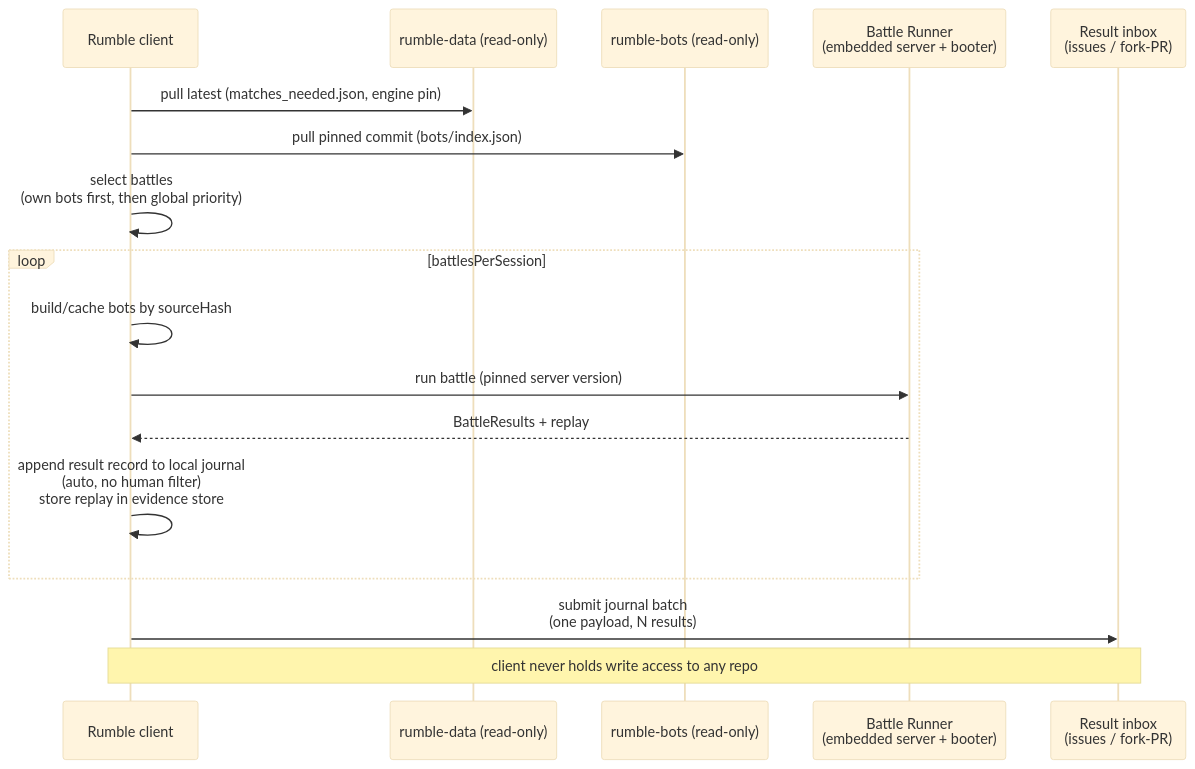
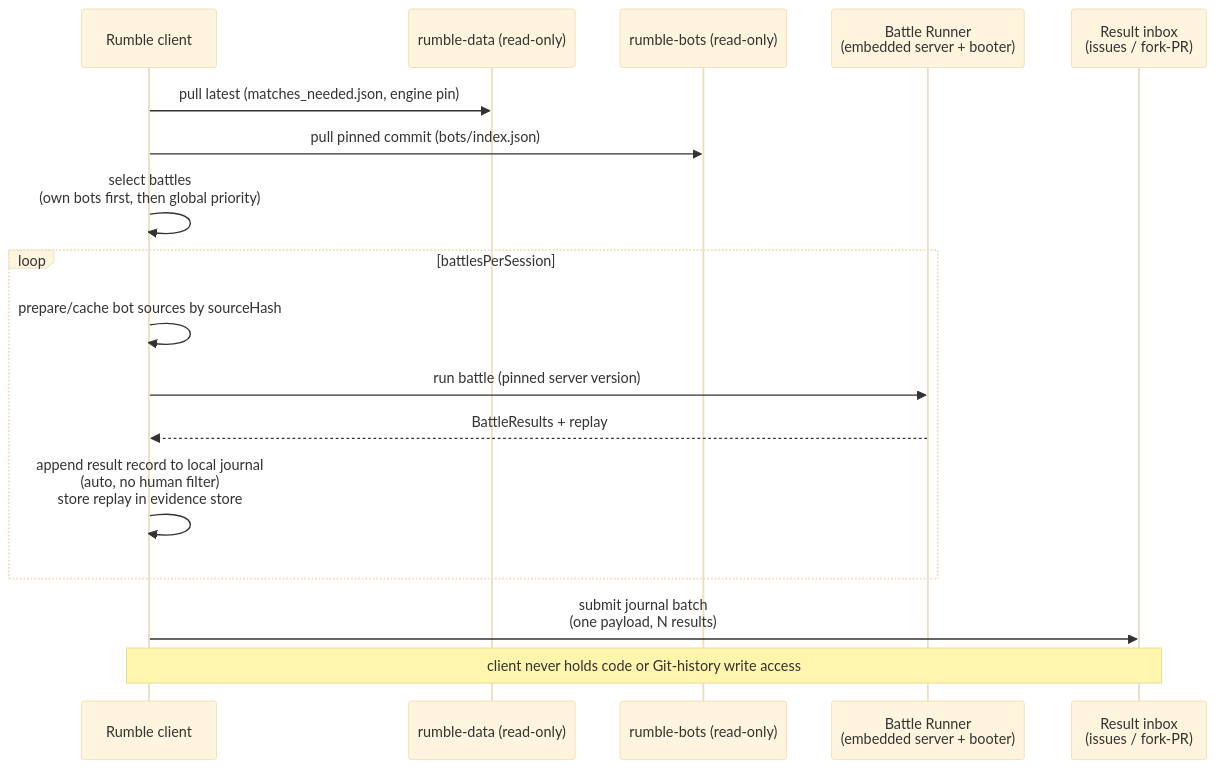
The first of 2 diagrams in docs/design/rumble/client-battles-and-results.md (robocode-dev/tank-royale), drawn with Mermaid (base theme) before and after one commit. The commit also changed other lines of this file and 4 other files, not shown here.

````diff
--- a/docs/design/rumble/client-battles-and-results.md
+++ b/docs/design/rumble/client-battles-and-results.md
@@ -58,20 +58,20 @@
 ```mermaid
 sequenceDiagram
     participant C as Rumble client
     participant DR as rumble-data (read-only)
     participant BR as rumble-bots (read-only)
     participant Run as Battle Runner<br/>(embedded server + booter)
     participant Inbox as Result inbox<br/>(issues / fork-PR)
 
     C->>DR: pull latest (matches_needed.json, engine pin)
     C->>BR: pull pinned commit (bots/index.json)
     C->>C: select battles<br/>(own bots first, then global priority)
     loop battlesPerSession
-        C->>C: build/cache bots by sourceHash
+        C->>C: prepare/cache bot sources by sourceHash
         C->>Run: run battle (pinned server version)
         Run-->>C: BattleResults + replay
         C->>C: append result record to local journal<br/>(auto, no human filter)<br/>store replay in evidence store
     end
     C->>Inbox: submit journal batch<br/>(one payload, N results)
-    Note over C,Inbox: client never holds write access to any repo
+    Note over C,Inbox: client never holds code or Git-history write access
 ```
````
